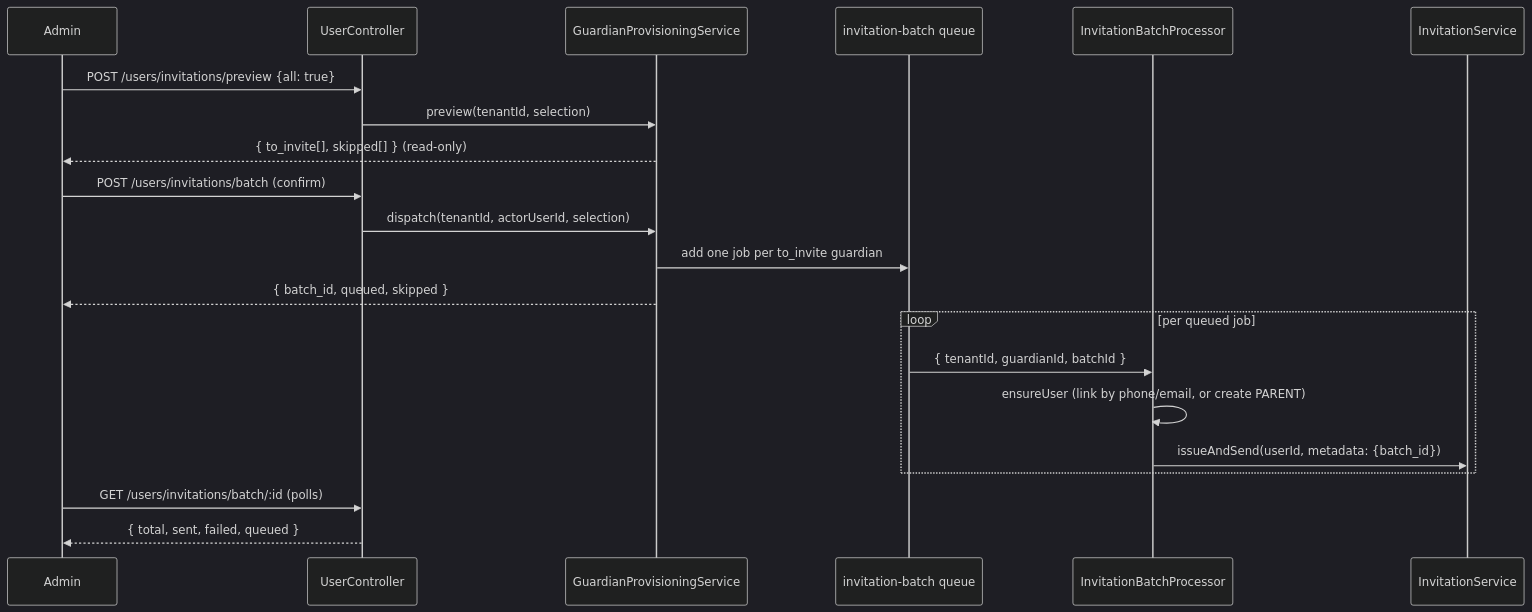
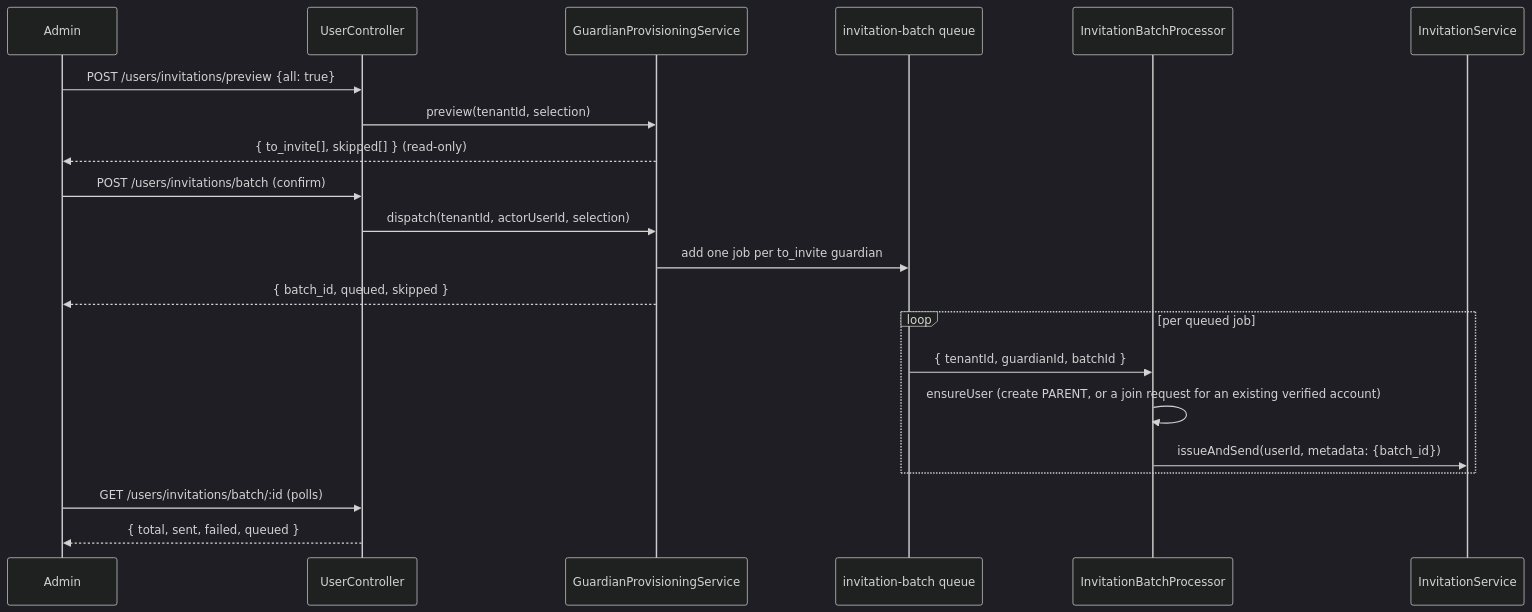
One commit to tareq89/biddaloy changed the tenth of 11 diagrams in docs/architecture/02-auth-and-multitenancy.md. Above: the diagram before and after it, drawn with Mermaid (dark theme). The commit also changed other lines of this file and 2 other files, not shown here.

````diff
--- a/docs/architecture/02-auth-and-multitenancy.md
+++ b/docs/architecture/02-auth-and-multitenancy.md
@@ -390,27 +516,27 @@
 ```mermaid
 sequenceDiagram
     participant Admin
     participant UserController
     participant Provisioning as GuardianProvisioningService
     participant Queue as invitation-batch queue
     participant Processor as InvitationBatchProcessor
     participant InvitationService
 
     Admin->>UserController: POST /users/invitations/preview {all: true}
     UserController->>Provisioning: preview(tenantId, selection)
     Provisioning-->>Admin: { to_invite[], skipped[] } (read-only)
 
     Admin->>UserController: POST /users/invitations/batch (confirm)
     UserController->>Provisioning: dispatch(tenantId, actorUserId, selection)
     Provisioning->>Queue: add one job per to_invite guardian
     Provisioning-->>Admin: { batch_id, queued, skipped }
 
     loop per queued job
         Queue->>Processor: { tenantId, guardianId, batchId }
-        Processor->>Processor: ensureUser (link by phone/email, or create PARENT)
+        Processor->>Processor: ensureUser (create PARENT, or a join request for an existing verified account)
         Processor->>InvitationService: issueAndSend(userId, metadata: {batch_id})
     end
 
     Admin->>UserController: GET /users/invitations/batch/:id (polls)
     UserController-->>Admin: { total, sent, failed, queued }
 ```
````
